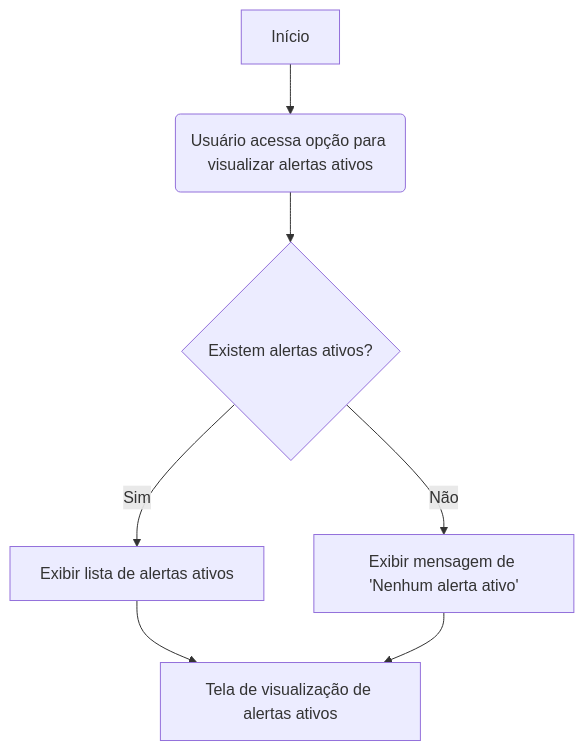
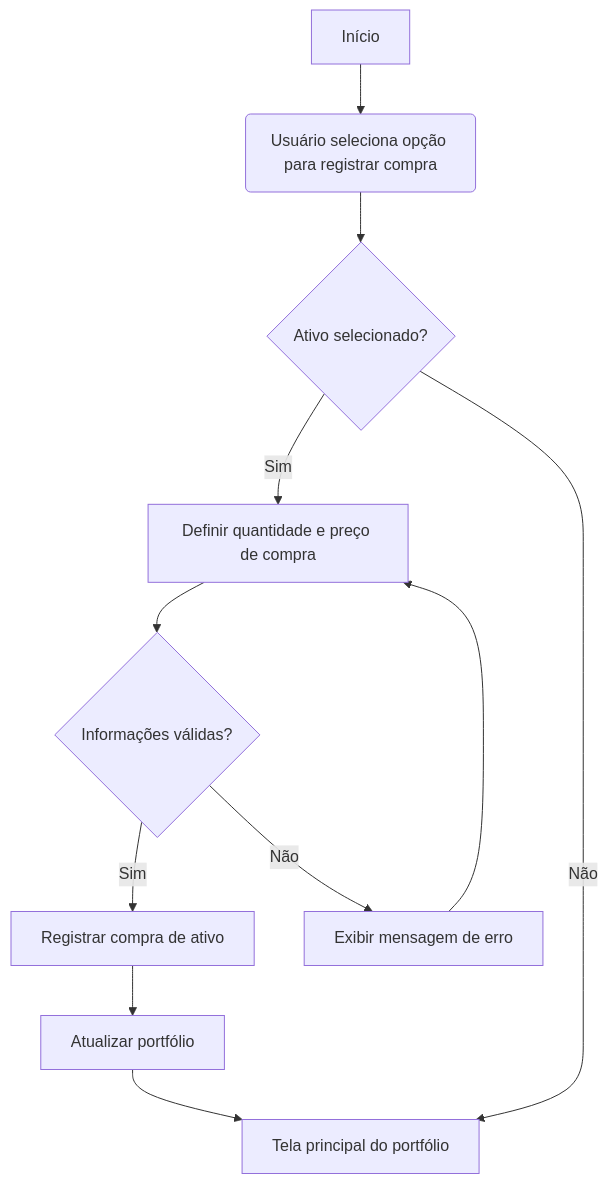
One commit to angelovicentefilho/finance changed the diagram in docs/diagrams/4_realizar_transacoes/usecase_001.md. Above: the diagram before and after it, drawn with Mermaid. The commit also changed 7 other files, not shown here.

Commit message:
atualizando os diagramas

````diff
--- a/docs/diagrams/4_realizar_transacoes/usecase_001.md
+++ b/docs/diagrams/4_realizar_transacoes/usecase_001.md
@@ -1,9 +1,14 @@
 ```mermaid
 flowchart TD
-    A[Início] --> B(Usuário acessa opção para visualizar alertas ativos)
-    B --> C{Existem alertas ativos?}
-    C -->|Sim| D[Exibir lista de alertas ativos]
-    D --> E[Tela de visualização de alertas ativos]
-    C -->|Não| F[Exibir mensagem de 'Nenhum alerta ativo']
-    F --> E
+    A[Início] --> B(Usuário seleciona opção para registrar compra)
+    B --> C{Ativo selecionado?}
+    C -->|Sim| D[Definir quantidade e preço de compra]
+    D --> E{Informações válidas?}
+    E -->|Sim| F[Registrar compra de ativo]
+    F --> G[Atualizar portfólio]
+    G --> H[Tela principal do portfólio]
+    E -->|Não| I[Exibir mensagem de erro]
+    I --> D
+    C -->|Não| H[Tela principal do portfólio]
+
 ```
````
